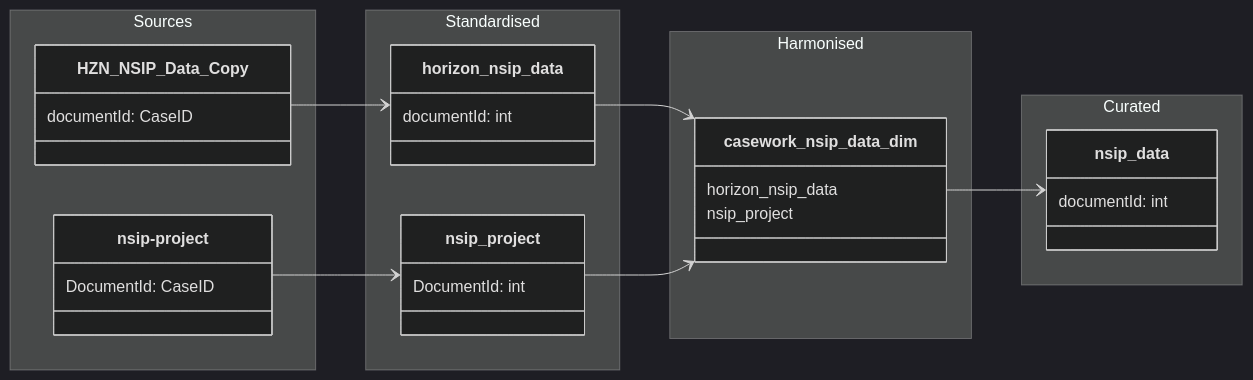
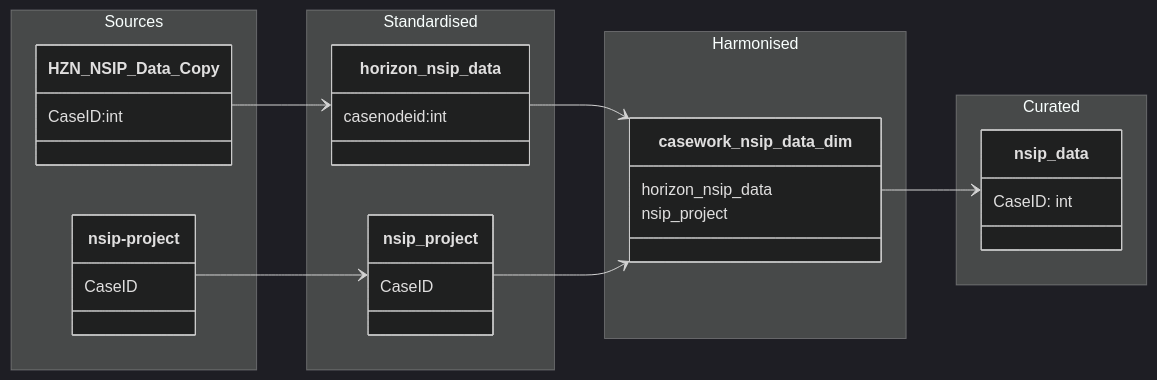
The diagram in data-models/nsip-project.md (Planning-Inspectorate/ODW-Service), drawn with Mermaid (dark theme) before and after one commit.

Commit message:
added the primary keys

````diff
--- a/data-models/nsip-project.md
+++ b/data-models/nsip-project.md
@@ -7,59 +7,59 @@
 ```mermaid
 
 classDiagram
 
     direction LR
 
     namespace Sources {
 
         class HZN_NSIP_Data_Copy {
-            documentId: CaseID
+            CaseID:int
         }
 
         class nsip-project {
-            DocumentId: CaseID
+            CaseID
         }
 
 
     }
     
     namespace Standardised {
 
         class horizon_nsip_data {
-            documentId: int
+             casenodeid:int
         }
 
         class nsip_project {
-            DocumentId: int
+            CaseID
         }
 
     }
 
     namespace Harmonised {
 
 
         class casework_nsip_data_dim {
             horizon_nsip_data
             nsip_project
         }
 
     }
 
     namespace Curated {
 
         class nsip_data {
-            documentId: int
+            CaseID: int
         }
     }
 
 
 `HZN_NSIP_Data_Copy` --> `horizon_nsip_data`
 `nsip-project` -->`nsip_project`
 
 `horizon_nsip_data` --> `casework_nsip_data_dim`
 
 `nsip_project`--> `casework_nsip_data_dim`
 
 `casework_nsip_data_dim` --> `nsip_data`
 
 ```
````
